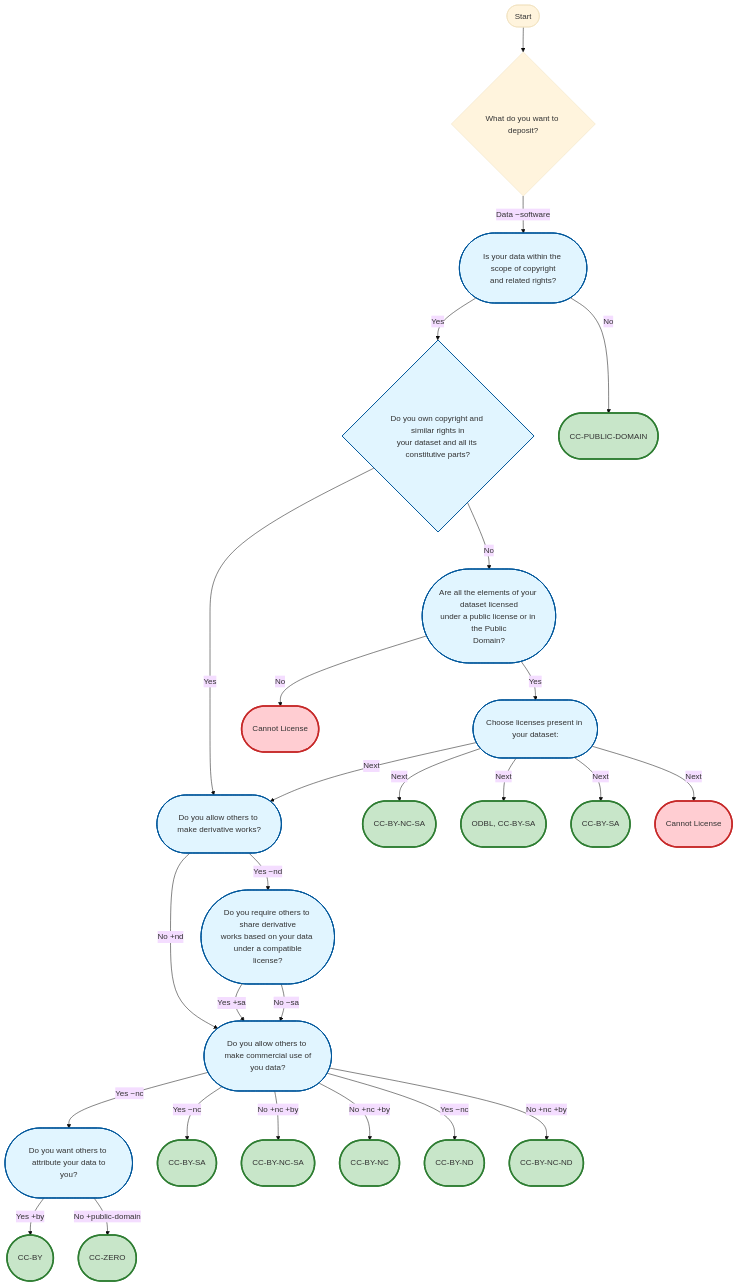
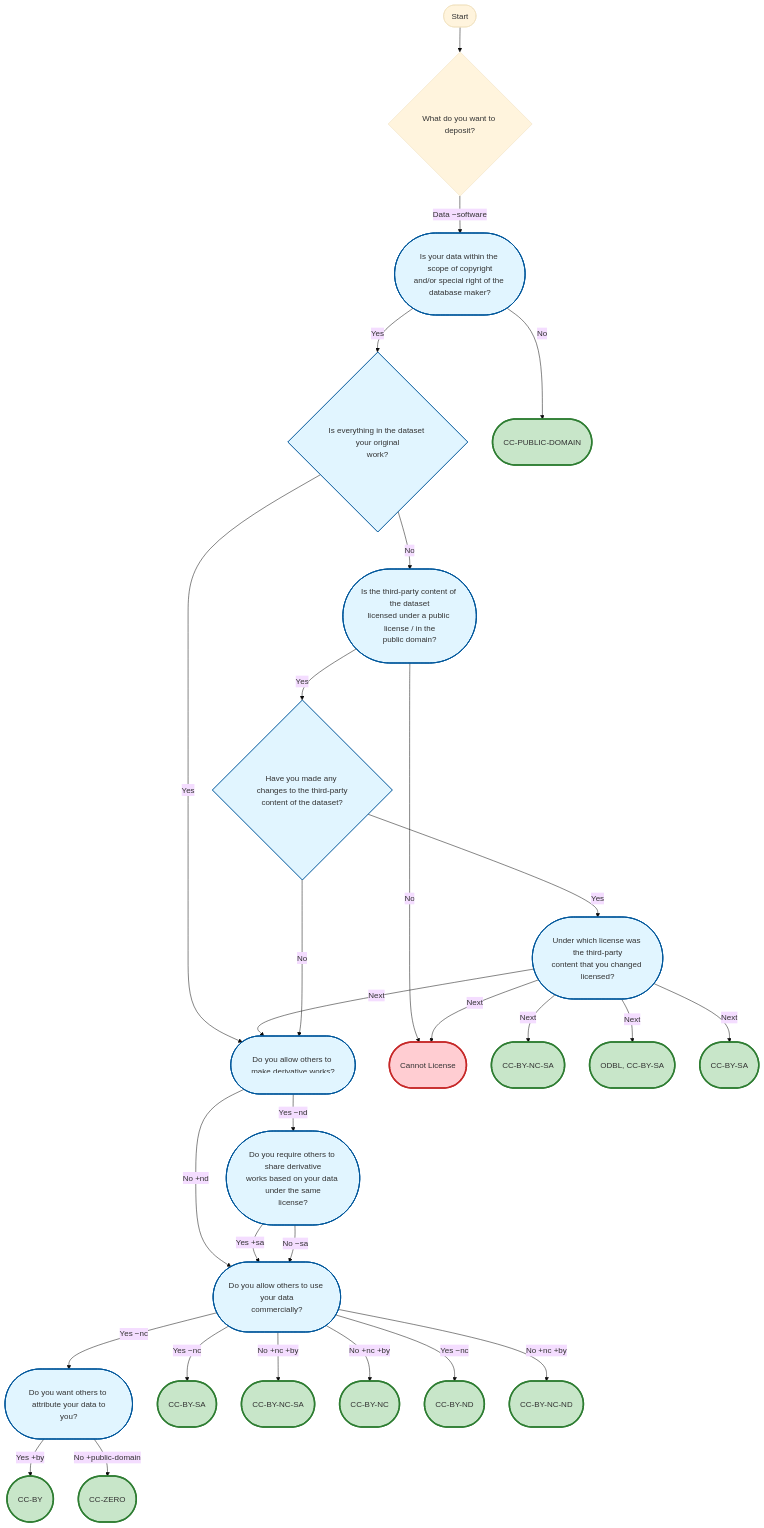
The second of 3 diagrams in docs/state-graph.md (kosarko/public-license-selector), drawn with Mermaid before and after one commit. The commit also changed other lines of this file and 3 other files, not shown here.

```diff
--- a/docs/state-graph.md
+++ b/docs/state-graph.md
@@ -103,41 +117,47 @@
 
     KindOfContent{"What do you want to deposit?"}
     DataCopyrightable(["Is your data within the scope of copyright
-and related rights?"])
+and/or special right of the database maker?"])
     class DataCopyrightable dataPath
-    OwnIPR{"Do you own copyright and similar rights in
-your dataset and all its constitutive parts?"}
-    class OwnIPR dataPath
+    AllOriginal{"Is everything in the dataset your original
+work?"}
+    class AllOriginal dataPath
     AllowDerivativeWorks(["Do you allow others to make derivative works?"])
     class AllowDerivativeWorks dataPath
     ShareAlike(["Do you require others to share derivative
-works based on your data under a compatible
+works based on your data under the same
 license?"])
     class ShareAlike dataPath
-    CommercialUse(["Do you allow others to make commercial use of
-you data?"])
+    CommercialUse(["Do you allow others to use your data
+commercially?"])
     class CommercialUse dataPath
     DecideAttribute(["Do you want others to attribute your data to
 you?"])
     class DecideAttribute dataPath
-    EnsureLicensing(["Are all the elements of your dataset licensed
-under a public license or in the Public
-Domain?"])
+    EnsureLicensing(["Is the third-party content of the dataset
+licensed under a public license / in the
+public domain?"])
     class EnsureLicensing dataPath
-    LicenseInteropData(["Choose licenses present in your dataset:"])
+    LicenseInteropData(["Under which license was the third-party
+content that you changed licensed?"])
     class LicenseInteropData dataPath
+    Changed3dPartyContent{"Have you made any changes to the third-party
+content of the dataset?"}
+    class Changed3dPartyContent dataPath
 
     KindOfContent -->|"Data −software"| DataCopyrightable
-    DataCopyrightable -->|"Yes"| OwnIPR
-    OwnIPR -->|"Yes"| AllowDerivativeWorks
-    OwnIPR -->|"No"| EnsureLicensing
+    DataCopyrightable -->|"Yes"| AllOriginal
+    AllOriginal -->|"Yes"| AllowDerivativeWorks
+    AllOriginal -->|"No"| EnsureLicensing
     AllowDerivativeWorks -->|"Yes −nd"| ShareAlike
     AllowDerivativeWorks -->|"No +nd"| CommercialUse
     ShareAlike -->|"Yes +sa"| CommercialUse
     ShareAlike -->|"No −sa"| CommercialUse
     CommercialUse -->|"Yes −nc"| DecideAttribute
-    EnsureLicensing -->|"Yes"| LicenseInteropData
+    EnsureLicensing -->|"Yes"| Changed3dPartyContent
     LicenseInteropData -->|"Next"| AllowDerivativeWorks
+    Changed3dPartyContent -->|"Yes"| LicenseInteropData
+    Changed3dPartyContent -->|"No"| AllowDerivativeWorks
     DataCopyrightable -->|"No"| Term_0
     Term_0(["CC-PUBLIC-DOMAIN"])
     class Term_0 terminalNode
@@ -162,9 +182,9 @@
     CommercialUse -->|"No +nc +by"| Term_7
     Term_7(["CC-BY-NC-ND"])
     class Term_7 terminalNode
-    EnsureLicensing -->|"No"| Term_8
-    Term_8(["Cannot License"])
-    class Term_8 errorNode
+    EnsureLicensing -->|"No"| CannotLicense
+    CannotLicense(["Cannot License"])
+    class CannotLicense errorNode
     LicenseInteropData -->|"Next"| Term_9
     Term_9(["CC-BY-NC-SA"])
     class Term_9 terminalNode
@@ -174,9 +194,7 @@
     LicenseInteropData -->|"Next"| Term_11
     Term_11(["CC-BY-SA"])
     class Term_11 terminalNode
-    LicenseInteropData -->|"Next"| Term_12
-    Term_12(["Cannot License"])
-    class Term_12 errorNode
+    LicenseInteropData -->|"Next"| CannotLicense
 
     classDef dataPath fill:#e1f5ff,stroke:#01579b,stroke-width:2px,padding:15px,min-width:250px
     classDef softwarePath fill:#f3e5f5,stroke:#4a148c,stroke-width:2px,padding:15px,min-width:250px
```
